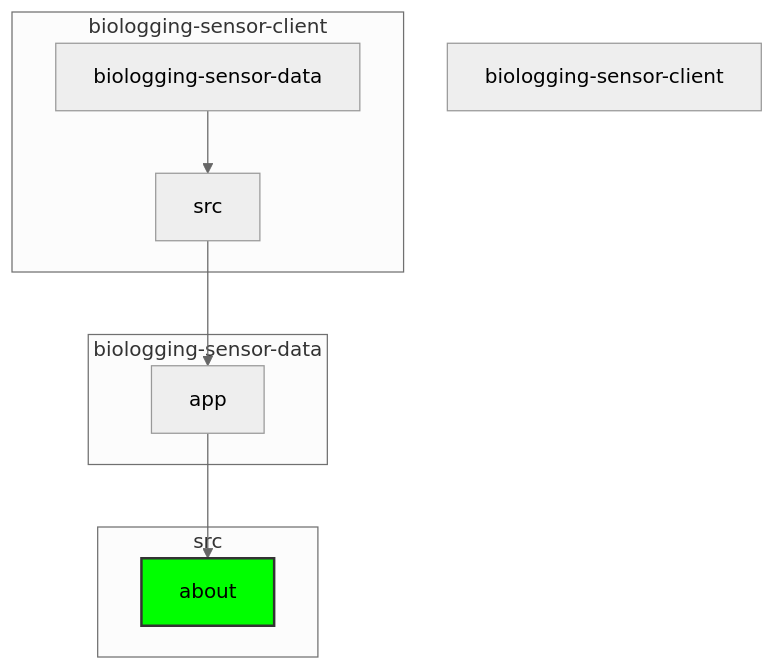
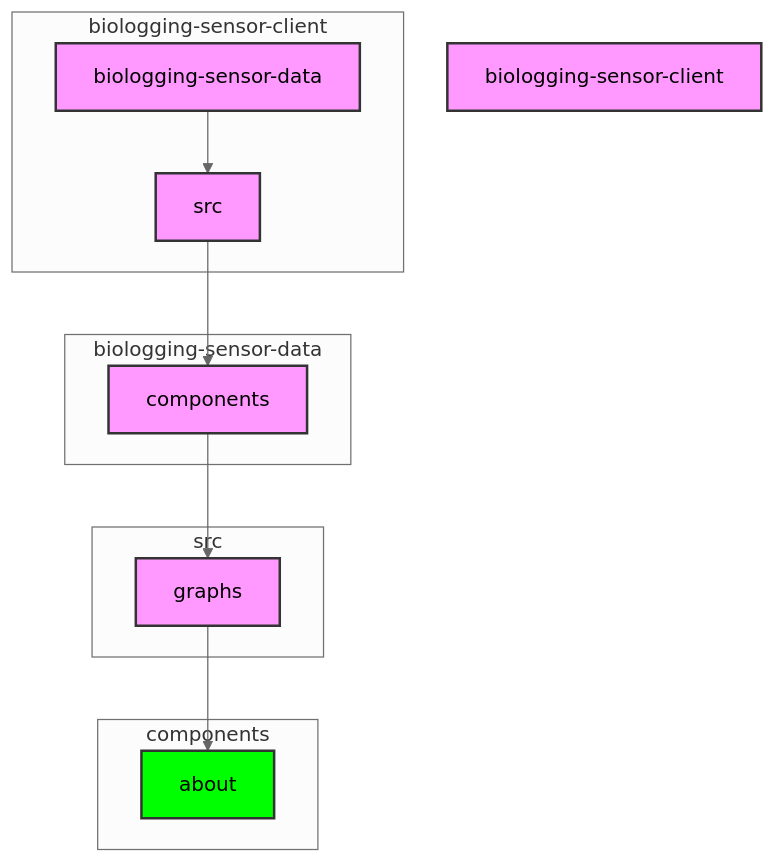
One commit to Khosiyat/Algorithms changed the diagram in draft-delete.md. Above: the diagram before and after it, drawn with Mermaid (neutral theme).

````diff
--- a/draft-delete.md
+++ b/draft-delete.md
@@ -1,24 +1,30 @@
 ```mermaid
 graph TD
     A["biologging-sensor-client"] 
     B["biologging-sensor-data"]
     C["src"]
-    D["app"]
-    E["about"]
+    D["components"]
+    E["graphs"]
+    F["about"]
 
     subgraph biologging-sensor-client
         B --> C
     end
     subgraph biologging-sensor-data
         C --> D
     end
     subgraph src
         D --> E
     end
+    subgraph components
+        E --> F
+    end
 
-    style E fill:#0f0,stroke:#333,stroke-width:2px;
-
-
-
+    style A fill:#f9f,stroke:#333,stroke-width:2px;
+    style B fill:#f9f,stroke:#333,stroke-width:2px;
+    style C fill:#f9f,stroke:#333,stroke-width:2px;
+    style D fill:#f9f,stroke:#333,stroke-width:2px;
+    style E fill:#f9f,stroke:#333,stroke-width:2px;
+    style F fill:#0f0,stroke:#333,stroke-width:2px;
 
 ```
````
